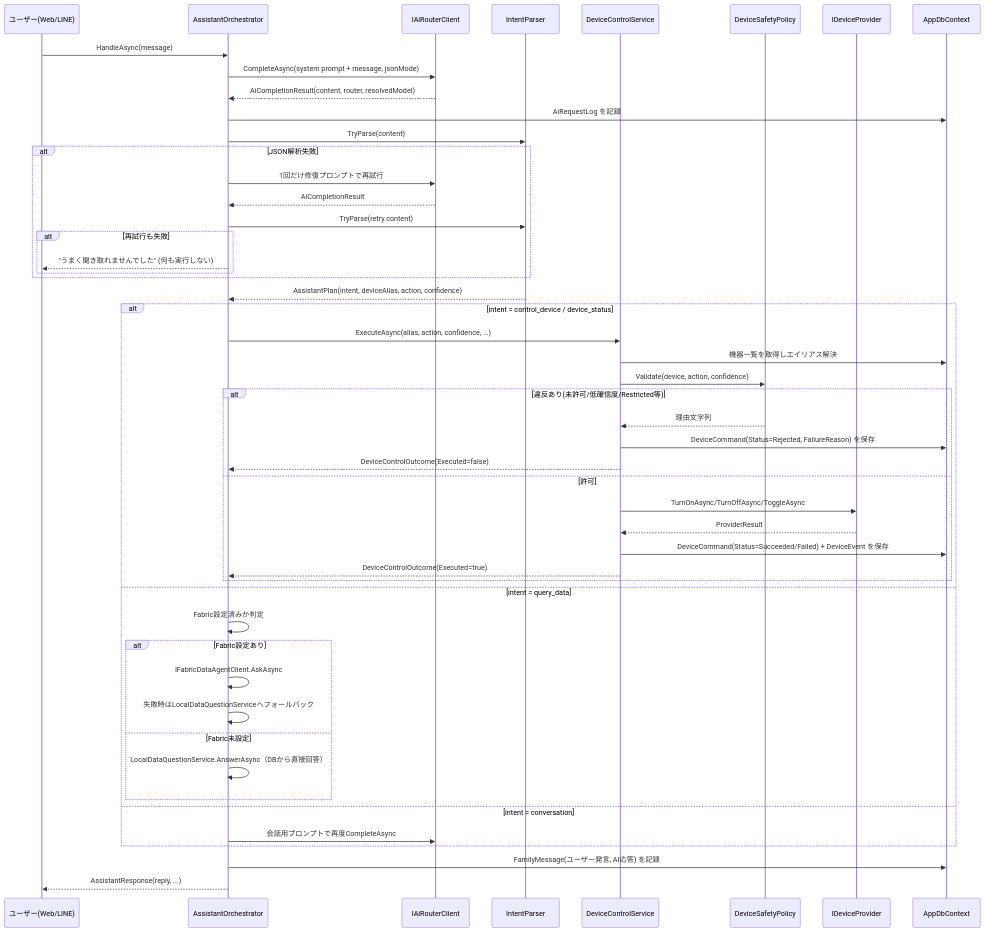
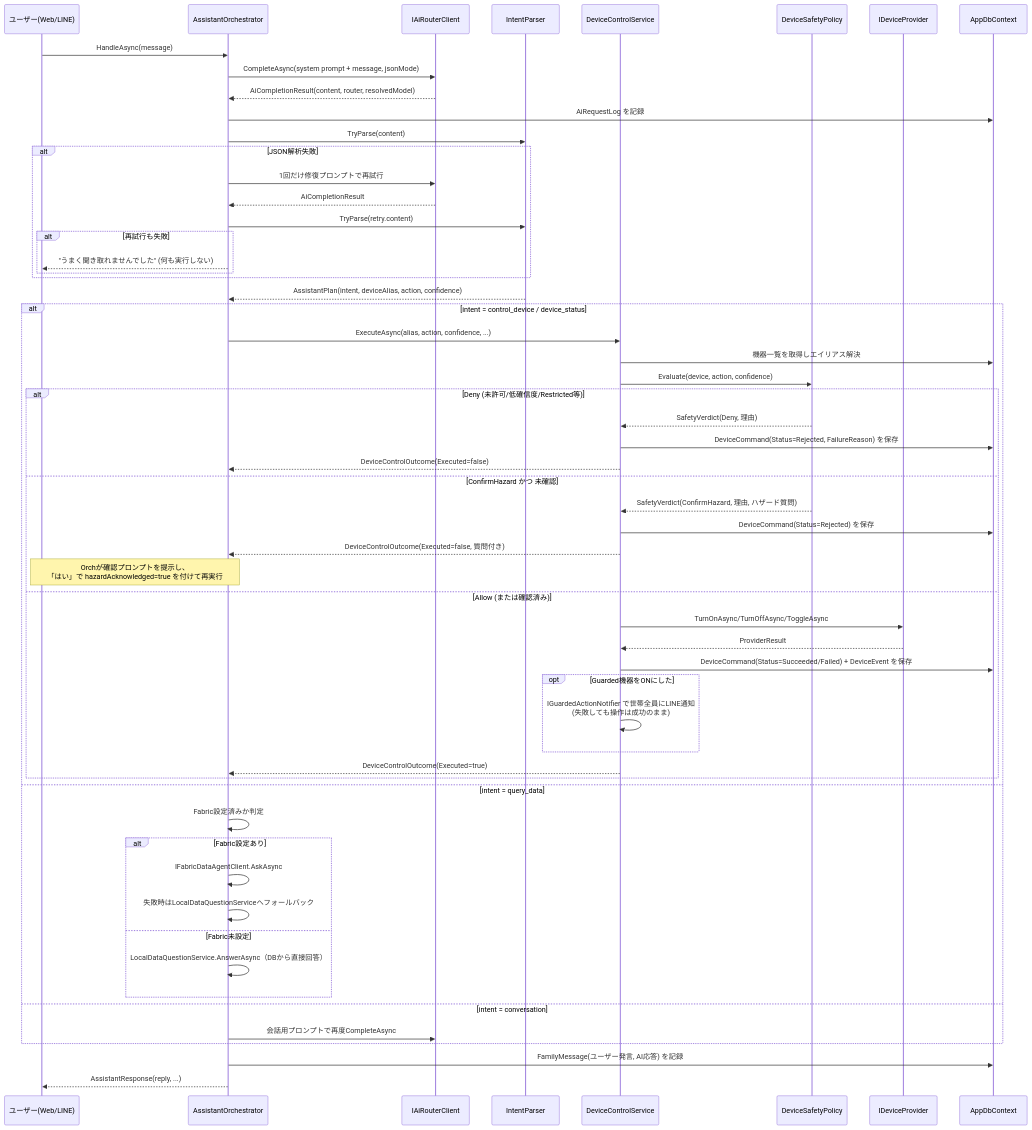
One commit to monoqlo78/mimamoritai-careroute-ai changed the first of 2 diagrams in docs/ARCHITECTURE.md. Above: the diagram before and after it, drawn with Mermaid. The commit also changed other lines of this file and 26 other files, not shown here.

````diff
--- a/docs/ARCHITECTURE.md
+++ b/docs/ARCHITECTURE.md
@@ -179,55 +179,63 @@
 ```mermaid
 sequenceDiagram
     participant User as ユーザー(Web/LINE)
     participant Orch as AssistantOrchestrator
     participant AI as IAiRouterClient
     participant Parser as IntentParser
     participant Ctrl as DeviceControlService
     participant Policy as DeviceSafetyPolicy
     participant Provider as IDeviceProvider
     participant DB as AppDbContext
 
     User->>Orch: HandleAsync(message)
     Orch->>AI: CompleteAsync(system prompt + message, jsonMode)
     AI-->>Orch: AiCompletionResult(content, router, resolvedModel)
     Orch->>DB: AiRequestLog を記録
     Orch->>Parser: TryParse(content)
     alt JSON解析失敗
         Orch->>AI: 1回だけ修復プロンプトで再試行
         AI-->>Orch: AiCompletionResult
         Orch->>Parser: TryParse(retry.content)
         alt 再試行も失敗
             Orch-->>User: "うまく聞き取れませんでした" (何も実行しない)
         end
     end
     Parser-->>Orch: AssistantPlan(intent, deviceAlias, action, confidence)
 
     alt intent = control_device / device_status
         Orch->>Ctrl: ExecuteAsync(alias, action, confidence, ...)
         Ctrl->>DB: 機器一覧を取得しエイリアス解決
-        Ctrl->>Policy: Validate(device, action, confidence)
-        alt 違反あり(未許可/低確信度/Restricted等)
-            Policy-->>Ctrl: 理由文字列
+        Ctrl->>Policy: Evaluate(device, action, confidence)
+        alt Deny (未許可/低確信度/Restricted等)
+            Policy-->>Ctrl: SafetyVerdict(Deny, 理由)
             Ctrl->>DB: DeviceCommand(Status=Rejected, FailureReason) を保存
             Ctrl-->>Orch: DeviceControlOutcome(Executed=false)
-        else 許可
+        else ConfirmHazard かつ 未確認
+            Policy-->>Ctrl: SafetyVerdict(ConfirmHazard, 理由, ハザード質問)
+            Ctrl->>DB: DeviceCommand(Status=Rejected) を保存
+            Ctrl-->>Orch: DeviceControlOutcome(Executed=false, 質問付き)
+            Note over Orch,User: Orchが確認プロンプトを提示し、<br/>「はい」で hazardAcknowledged=true を付けて再実行
+        else Allow (または確認済み)
             Ctrl->>Provider: TurnOnAsync/TurnOffAsync/ToggleAsync
             Provider-->>Ctrl: ProviderResult
             Ctrl->>DB: DeviceCommand(Status=Succeeded/Failed) + DeviceEvent を保存
+            opt Guarded機器をONにした
+                Ctrl->>Ctrl: IGuardedActionNotifier で世帯全員にLINE通知<br/>(失敗しても操作は成功のまま)
+            end
             Ctrl-->>Orch: DeviceControlOutcome(Executed=true)
         end
     else intent = query_data
         Orch->>Orch: Fabric設定済みか判定
         alt Fabric設定あり
             Orch->>Orch: IFabricDataAgentClient.AskAsync
             Orch->>Orch: 失敗時はLocalDataQuestionServiceへフォールバック
         else Fabric未設定
             Orch->>Orch: LocalDataQuestionService.AnswerAsync（DBから直接回答）
         end
     else intent = conversation
         Orch->>AI: 会話用プロンプトで再度CompleteAsync
     end
 
     Orch->>DB: FamilyMessage(ユーザー発言, AI応答) を記録
     Orch-->>User: AssistantResponse(reply, ...)
 ```
````
